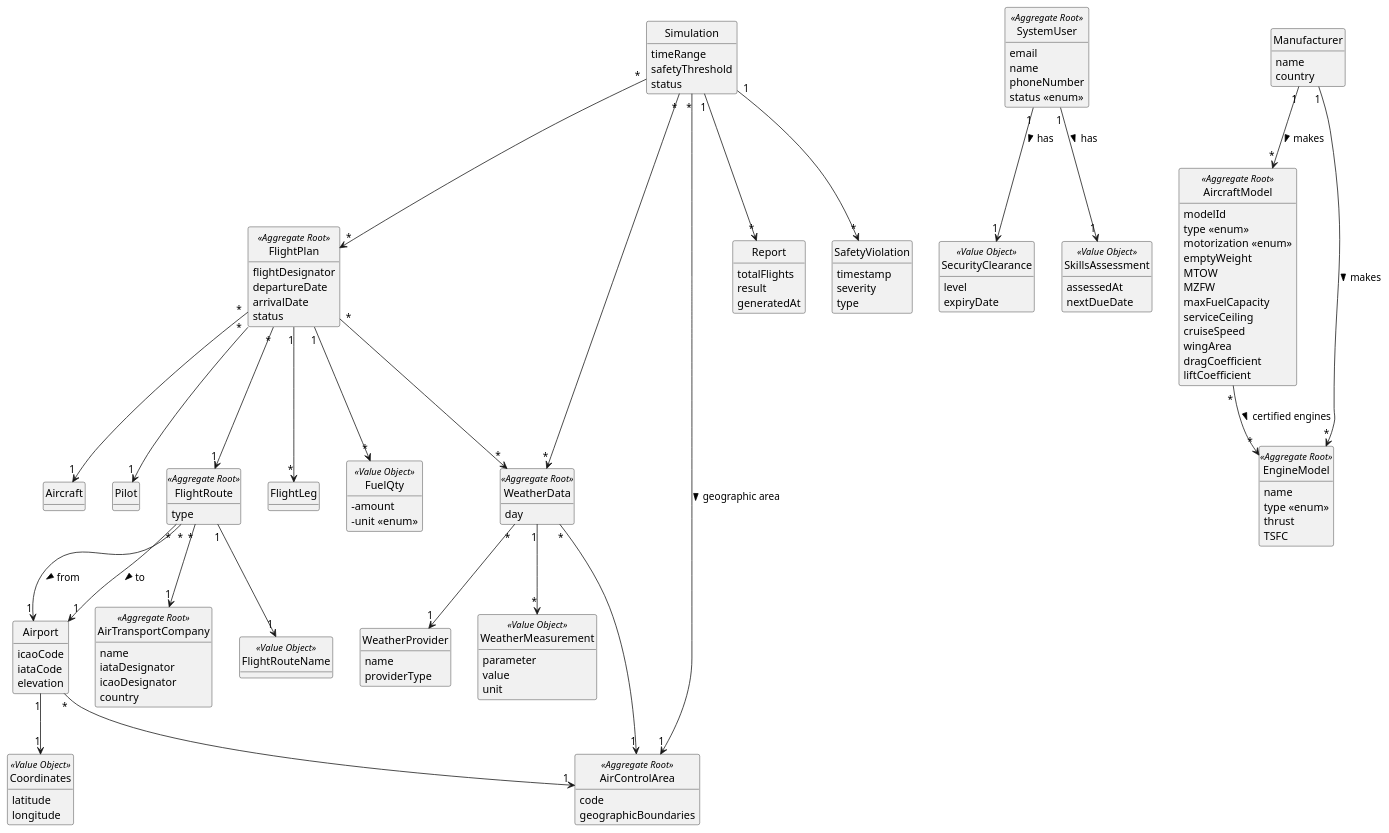
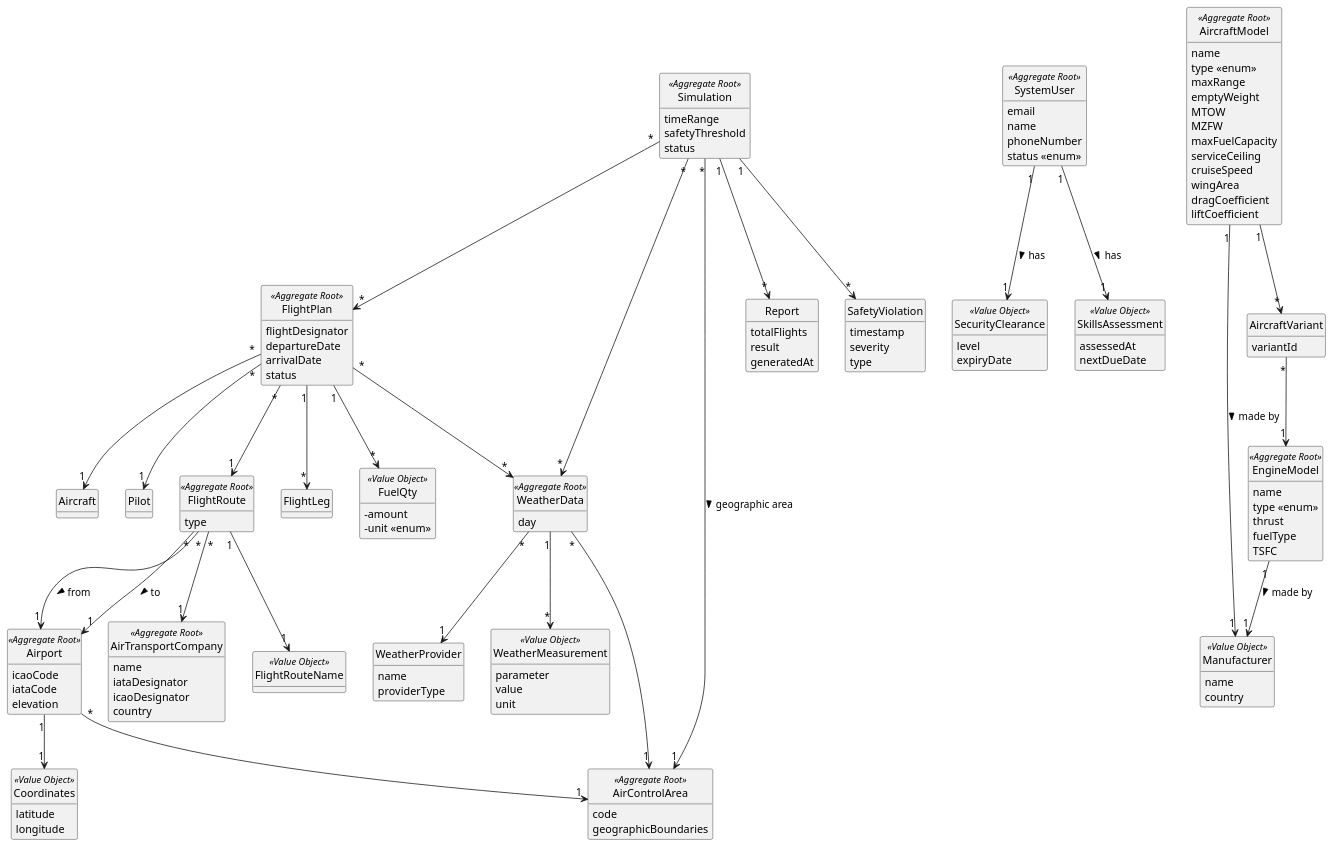
Before and after one commit to GustavoFerreira24/flight-management-platform: the diagram in docs/global-artifacts/02.analysis/puml/DM.puml, drawn with PlantUML.

Commit message:
Refine domain model with additional entities, attributes, and relationships[#14]

```diff
--- a/docs/global-artifacts/02.analysis/puml/DM.puml
+++ b/docs/global-artifacts/02.analysis/puml/DM.puml
@@ -1,179 +1,184 @@
 @startuml
 skinparam monochrome true
 skinparam packageStyle rectangle
 skinparam shadowing false
 'skinparam linetype ortho
 'left to right direction
 skinparam classAttributeIconSize 0
 hide circle
 hide methods
 
+'title Domain Model
 
-class Simulation  {
+class Simulation <<Aggregate Root>> {
     timeRange
     safetyThreshold
     status
 }
 
 class FlightPlan <<Aggregate Root>> {
     flightDesignator
     departureDate
     arrivalDate
     status
 }
 
 class FuelQty <<Value Object>> {
     - amount
     - unit <<enum>>
 }
 
 class FlightLeg {
 
 }
 
 class FlightRoute <<Aggregate Root>> {
     type
 }
 
-class Airport {
+class Airport <<Aggregate Root>> {
     icaoCode
     iataCode
     elevation
 }
 
 class AirControlArea <<Aggregate Root>> {
     code
     geographicBoundaries
 }
 
 class AirTransportCompany <<Aggregate Root>> {
     name
     iataDesignator
     icaoDesignator
     country
 }
 
 class Aircraft {
 
 }
 
 class FlightRouteName <<Value Object>> {
 
 }
 
 class Report {
     totalFlights
     result
     generatedAt
 }
 
 class Pilot {
 
 }
 
 class SafetyViolation {
     timestamp
     severity
     type
 }
 
 class WeatherData <<Aggregate Root>> {
     day
 }
 
 class WeatherMeasurement <<Value Object>> {
     parameter
     value
     unit
 }
 
 class WeatherProvider {
     name
     providerType
 }
 
 class SystemUser <<Aggregate Root>> {
     email
     name
     phoneNumber
     status <<enum>>
 }
 
 class SecurityClearance <<Value Object>> {
     level
     expiryDate
 }
 
 class SkillsAssessment <<Value Object>> {
     assessedAt
     nextDueDate
 }
 
 class Coordinates <<Value Object>> {
     latitude
     longitude
 }
 
+class Manufacturer <<Value Object>> {
+    name
+    country
+}
+
 class AircraftModel <<Aggregate Root>> {
-    modelId
+    name
     type <<enum>>
-    motorization <<enum>>
+    maxRange
     emptyWeight
     MTOW
     MZFW
     maxFuelCapacity
     serviceCeiling
     cruiseSpeed
     wingArea
     dragCoefficient
     liftCoefficient
 }
 
+class AircraftVariant {
+    variantId
+}
+
 class EngineModel <<Aggregate Root>> {
     name
     type <<enum>>
     thrust
+    fuelType
     TSFC
 }
-
-class Manufacturer {
-    name
-    country
-}
-
-
 
 Simulation "*" --> "*" FlightPlan
 Simulation "1" --> "*" Report
 Simulation "1" --> "*" SafetyViolation
 Simulation "*" --> "*" WeatherData
 Simulation "*" --> "1" AirControlArea : geographic area >
 
 FlightRoute "*" --> "1" Airport : from >
 FlightRoute "*" --> "1" Airport : to >
 FlightRoute "*" --> "1" AirTransportCompany
 FlightRoute "1" --> "1" FlightRouteName
 
 FlightPlan "*" --> "1" FlightRoute
 FlightPlan "*" --> "1" Pilot
 FlightPlan "*" --> "1" Aircraft
 FlightPlan "1" --> "*" FlightLeg
 FlightPlan "1" --> "*" FuelQty
 FlightPlan "*" --> "*" WeatherData
 
 Airport "*" --> "1" AirControlArea
+Airport "1" --> "1" Coordinates
 
 WeatherData "*" --> "1" AirControlArea
 WeatherData "*" --> "1" WeatherProvider
 WeatherData "1" --> "*" WeatherMeasurement
 
 SystemUser "1" --> "1" SecurityClearance : has >
 SystemUser "1" --> "1" SkillsAssessment : has >
 
-Airport "1" --> "1" Coordinates
-Manufacturer "1" --> "*" AircraftModel : makes >
-Manufacturer "1" --> "*" EngineModel : makes >
-AircraftModel "*" --> "*" EngineModel : certified engines >
+AircraftModel "1" --> "1" Manufacturer : made by >
+AircraftModel "1" --> "*" AircraftVariant
+AircraftVariant "*" --> "1" EngineModel
 
+EngineModel "1" --> "1" Manufacturer : made by >
 
 @enduml
```
